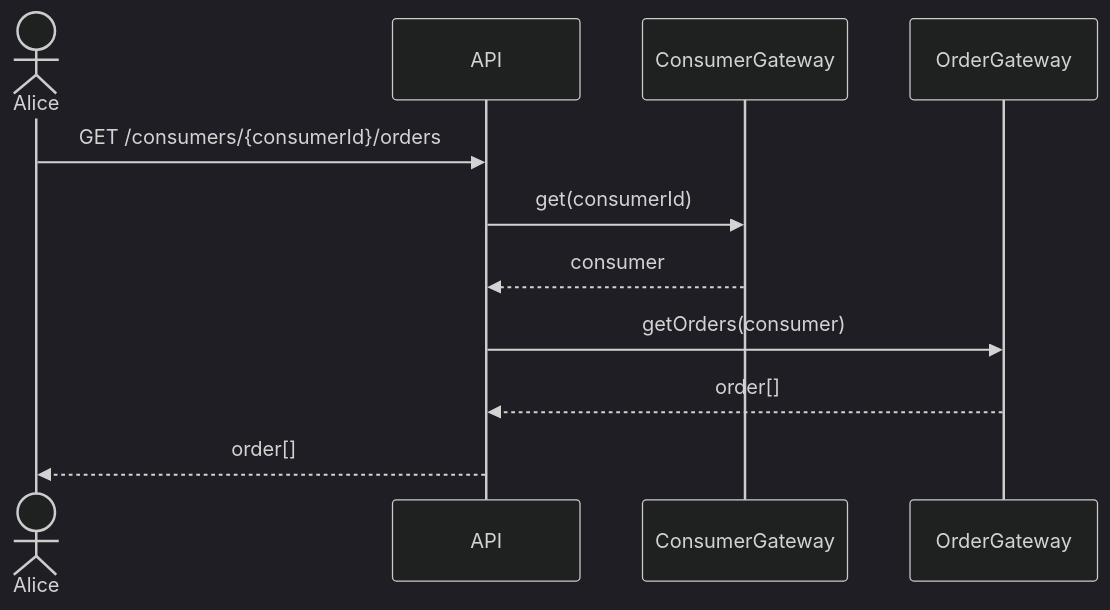
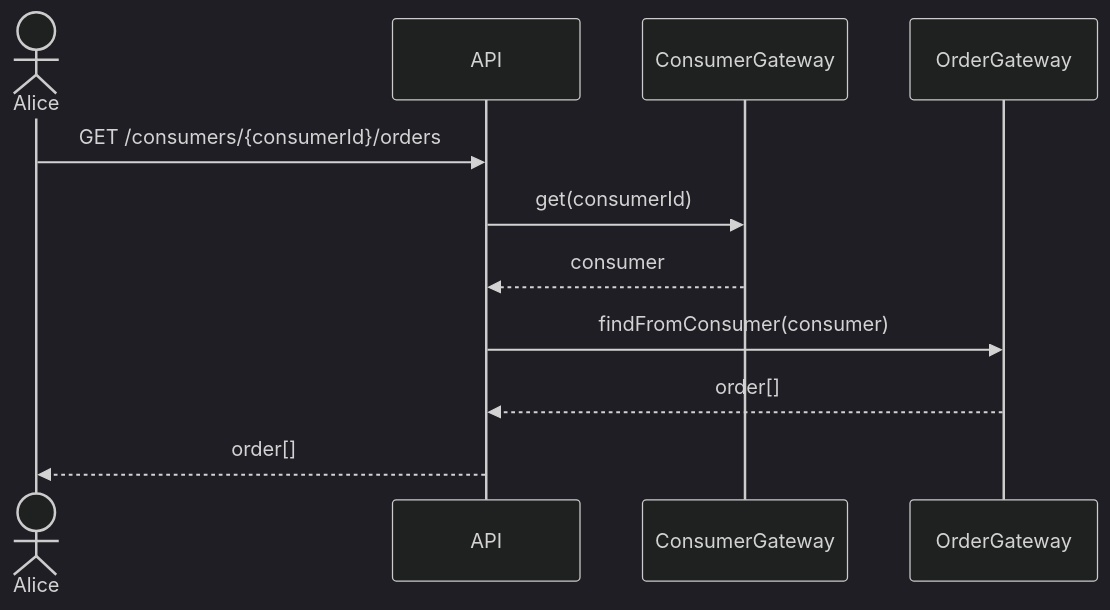
Before and after one commit to hivetown/planning: diagram 12 of 32 in sequence.md, drawn with Mermaid (dark theme). The commit also changed other lines of this file, not shown here.

````diff
--- a/sequence.md
+++ b/sequence.md
@@ -410,15 +428,15 @@
 ```mermaid
 sequenceDiagram
     actor A as Alice
     participant API
     participant CG as ConsumerGateway
     participant OG as OrderGateway
 
     A ->> API: GET /consumers/{consumerId}/orders
     API ->> CG: get(consumerId)
     CG -->> API: consumer
 
-    API ->> OG: getOrders(consumer)
+    API ->> OG: findFromConsumer(consumer)
     OG -->> API: order[]
     API -->> A: order[]
 ```
````
